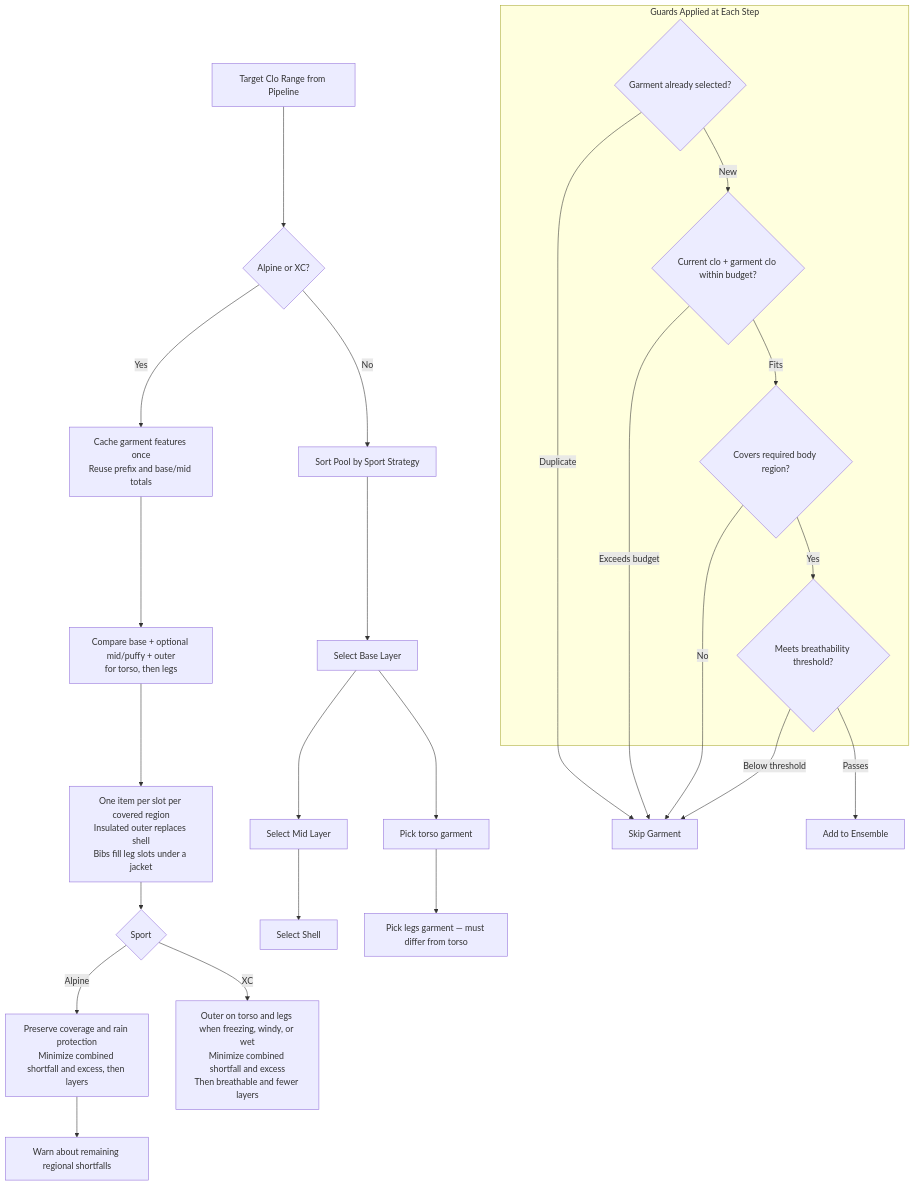
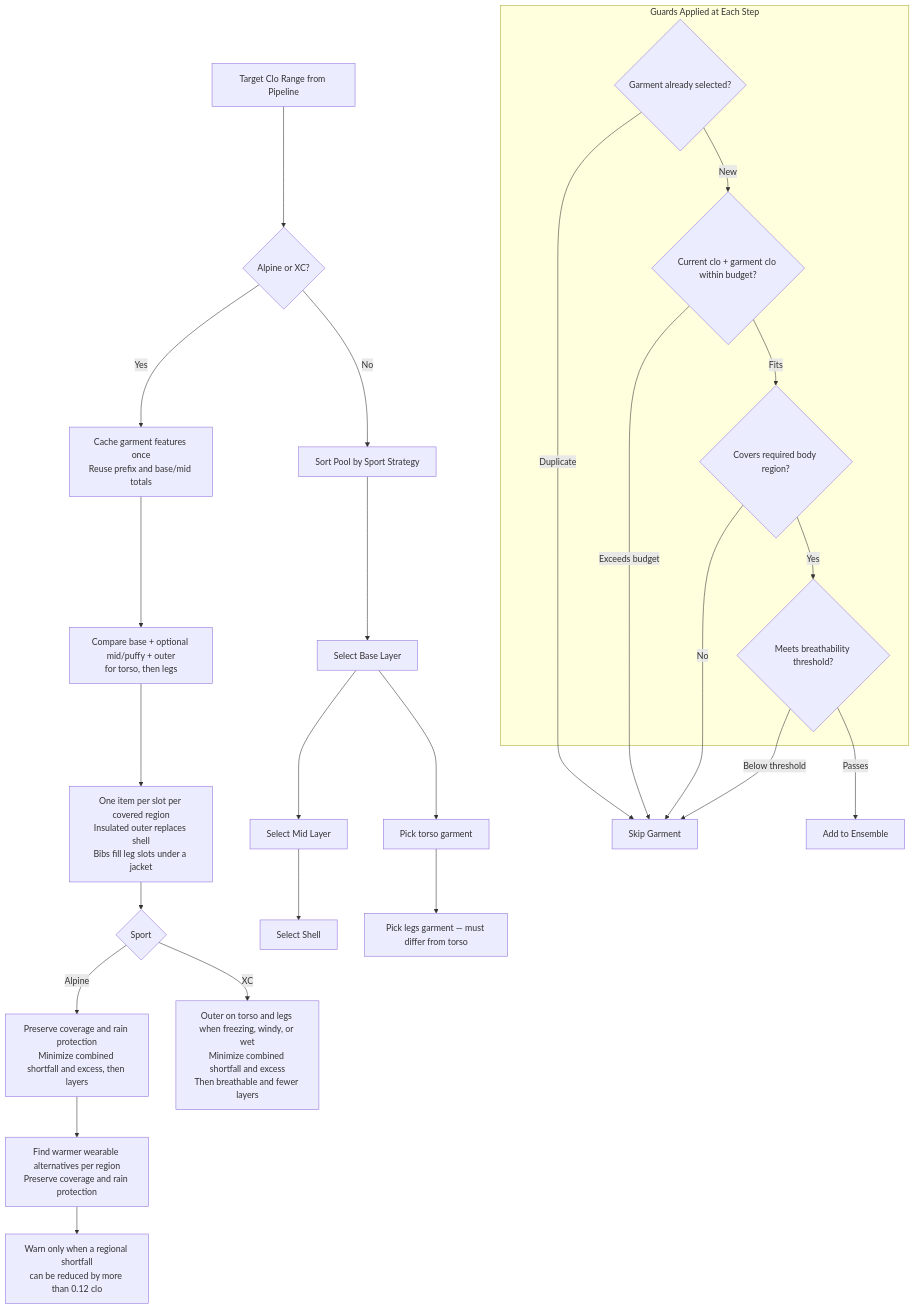
One commit to derobertsw/swttr changed the third of 7 diagrams in README.md. Above: the diagram before and after it, drawn with Mermaid. The commit also changed other lines of this file and 7 other files, not shown here.

````diff
--- a/README.md
+++ b/README.md
@@ -130,34 +130,35 @@
 ```mermaid
 graph TD
     START[Target Clo Range from Pipeline] --> SPORT{Alpine or XC?}
     SPORT -->|Yes| CACHE[Cache garment features once<br/>Reuse prefix and base/mid totals]
     CACHE --> COMB[Compare base + optional mid/puffy + outer<br/>for torso, then legs]
     COMB --> CAP[One item per slot per covered region<br/>Insulated outer replaces shell<br/>Bibs fill leg slots under a jacket]
     CAP --> RANK{Sport}
     RANK -->|Alpine| REG[Preserve coverage and rain protection<br/>Minimize combined shortfall and excess, then layers]
-    REG --> WARN[Warn about remaining regional shortfalls]
+    REG --> WARM[Find warmer wearable alternatives per region<br/>Preserve coverage and rain protection]
+    WARM --> WARN[Warn only when a regional shortfall<br/>can be reduced by more than 0.12 clo]
     RANK -->|XC| XREG[Outer on torso and legs when freezing, windy, or wet<br/>Minimize combined shortfall and excess<br/>Then breathable and fewer layers]
     SPORT -->|No| SORT[Sort Pool by Sport Strategy]
     SORT --> BASE[Select Base Layer]
     BASE --> MID[Select Mid Layer]
     MID --> SHELL[Select Shell]
 
     BASE --> T1[Pick torso garment]
     T1 --> L1[Pick legs garment — must differ from torso]
 
     subgraph "Guards Applied at Each Step"
         G1{Garment already selected?}
         G2{Current clo + garment clo within budget?}
         G3{Covers required body region?}
         G4{Meets breathability threshold?}
     end
 
     G1 -->|Duplicate| SKIP[Skip Garment]
     G1 -->|New| G2
     G2 -->|Exceeds budget| SKIP
     G2 -->|Fits| G3
     G3 -->|No| SKIP
     G3 -->|Yes| G4
     G4 -->|Below threshold| SKIP
     G4 -->|Passes| ADD[Add to Ensemble]
 ```
````
